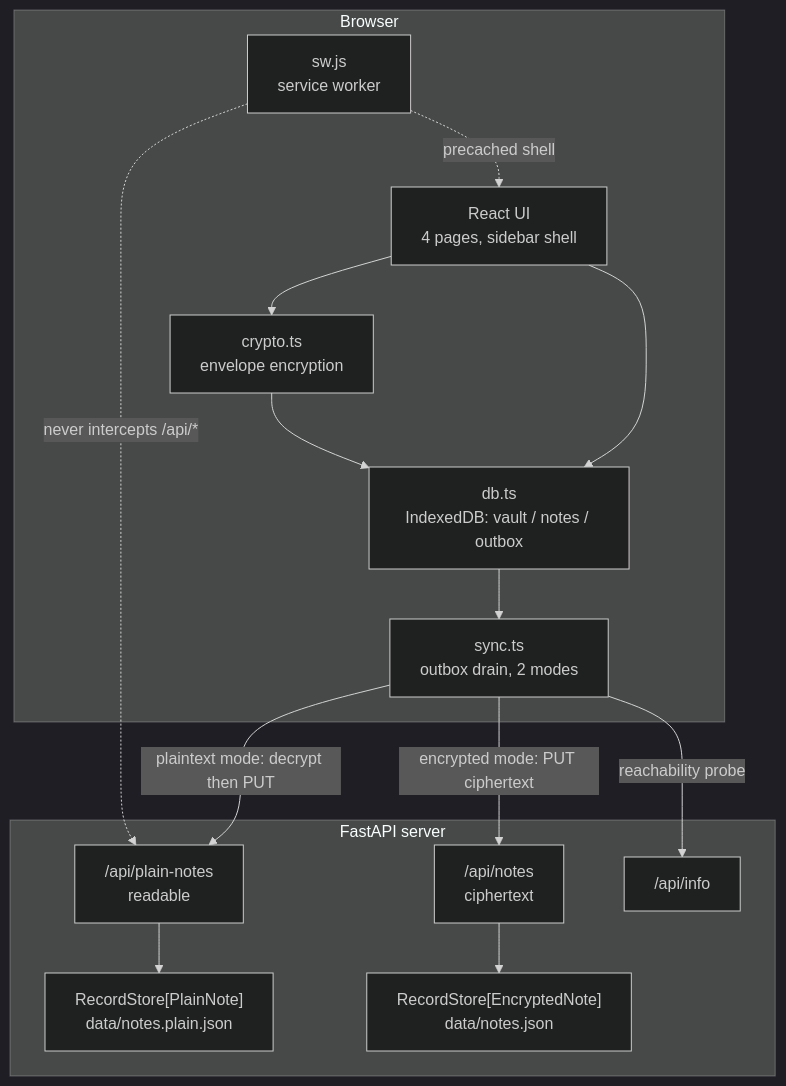
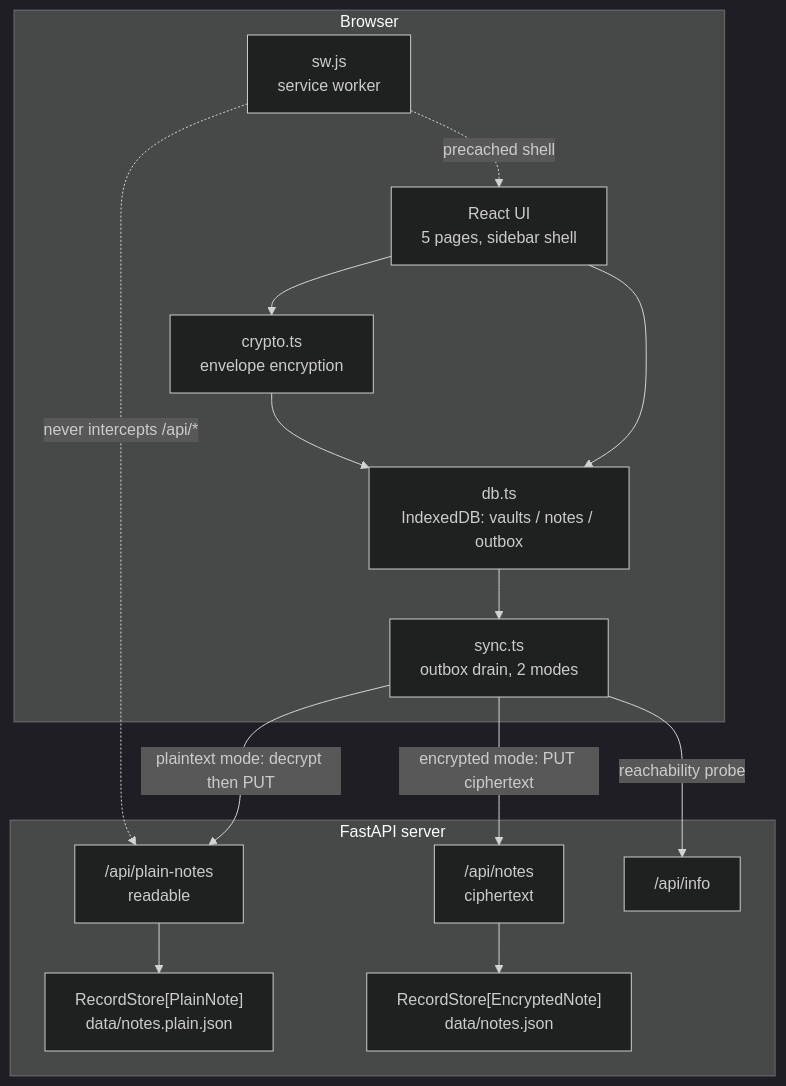
One commit to mortenoh/lockbox changed the first of 4 diagrams in docs/design/architecture.md. Above: the diagram before and after it, drawn with Mermaid (dark theme). The commit also changed other lines of this file and 10 other files, not shown here.

````diff
--- a/docs/design/architecture.md
+++ b/docs/design/architecture.md
@@ -6,30 +6,30 @@
 ```mermaid
 flowchart TB
     subgraph browser["Browser"]
-        UI["React UI<br/>4 pages, sidebar shell"]
+        UI["React UI<br/>5 pages, sidebar shell"]
         CRYPTO["crypto.ts<br/>envelope encryption"]
-        DB["db.ts<br/>IndexedDB: vault / notes / outbox"]
+        DB["db.ts<br/>IndexedDB: vaults / notes / outbox"]
         SYNC["sync.ts<br/>outbox drain, 2 modes"]
         SW["sw.js<br/>service worker"]
     end
 
     subgraph server["FastAPI server"]
         PAPI["/api/plain-notes<br/>readable"]
         EAPI["/api/notes<br/>ciphertext"]
         INFO["/api/info"]
         PSTORE["RecordStore[PlainNote]<br/>data/notes.plain.json"]
         ESTORE["RecordStore[EncryptedNote]<br/>data/notes.json"]
     end
 
     UI --> CRYPTO
     UI --> DB
     CRYPTO --> DB
     DB --> SYNC
     SYNC -->|"plaintext mode: decrypt then PUT"| PAPI
     SYNC -->|"encrypted mode: PUT ciphertext"| EAPI
     SYNC -->|"reachability probe"| INFO
     PAPI --> PSTORE
     EAPI --> ESTORE
     SW -.->|"precached shell"| UI
     SW -.->|"never intercepts /api/*"| PAPI
 ```
````
